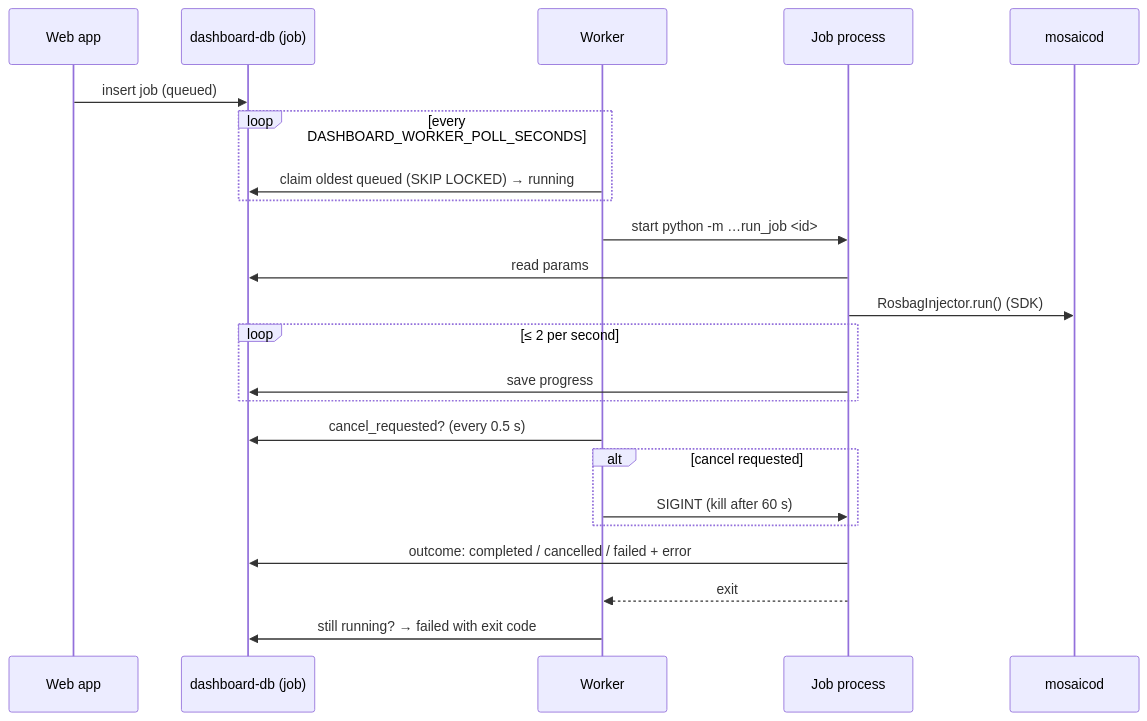
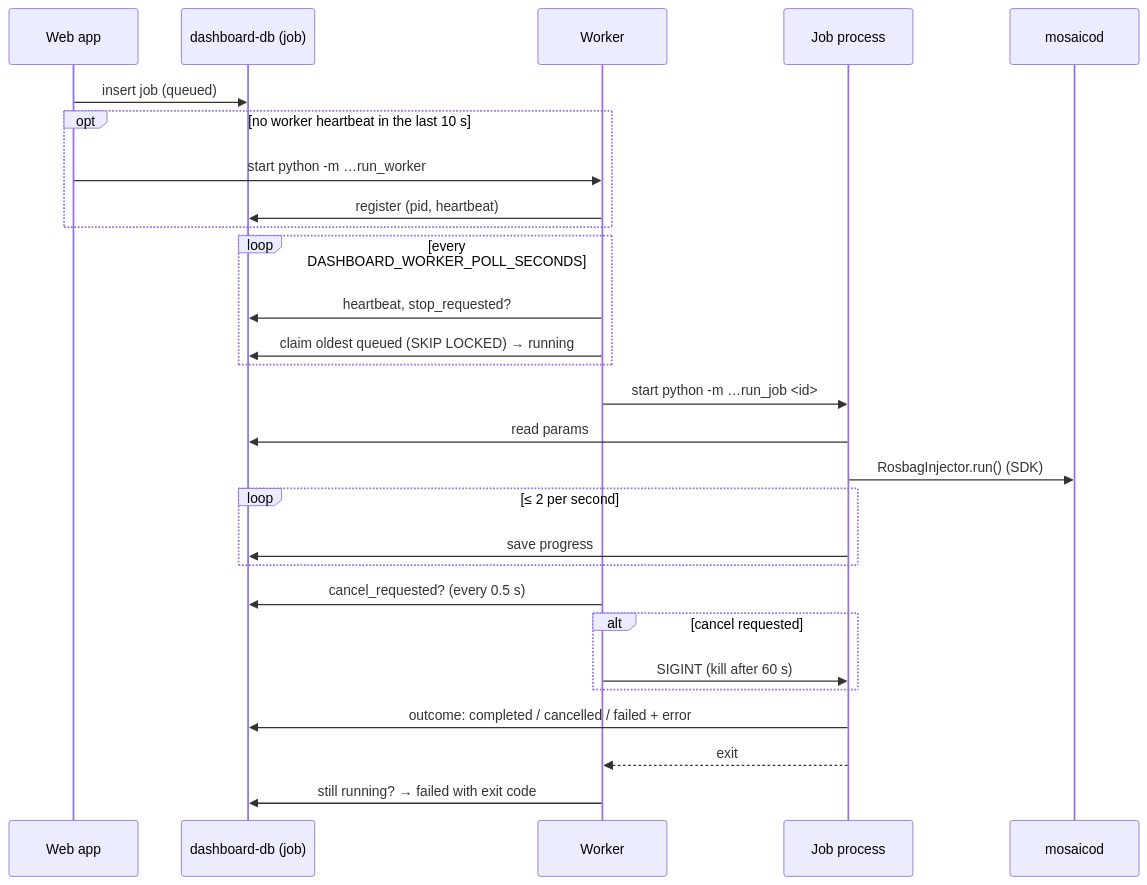
One commit to abhisheknannuri/mosaico changed the fifth of 9 diagrams in mosaico-dashboard/docs/architecture.md. Above: the diagram before and after it, drawn with Mermaid. The commit also changed other lines of this file and 27 other files, not shown here.

````diff
--- a/mosaico-dashboard/docs/architecture.md
+++ b/mosaico-dashboard/docs/architecture.md
@@ -134,26 +150,31 @@
 ```mermaid
 sequenceDiagram
     participant W as Web app
     participant DB as dashboard-db (job)
     participant K as Worker
     participant J as Job process
     participant M as mosaicod
 
     W->>DB: insert job (queued)
+    opt no worker heartbeat in the last 10 s
+        W->>K: start python -m …run_worker
+        K->>DB: register (pid, heartbeat)
+    end
     loop every DASHBOARD_WORKER_POLL_SECONDS
+        K->>DB: heartbeat, stop_requested?
         K->>DB: claim oldest queued (SKIP LOCKED) → running
     end
     K->>J: start python -m …run_job <id>
     J->>DB: read params
     J->>M: RosbagInjector.run() (SDK)
     loop ≤ 2 per second
         J->>DB: save progress
     end
     K->>DB: cancel_requested? (every 0.5 s)
     alt cancel requested
         K->>J: SIGINT (kill after 60 s)
     end
     J->>DB: outcome: completed / cancelled / failed + error
     J-->>K: exit
     K->>DB: still running? → failed with exit code
 ```
````
